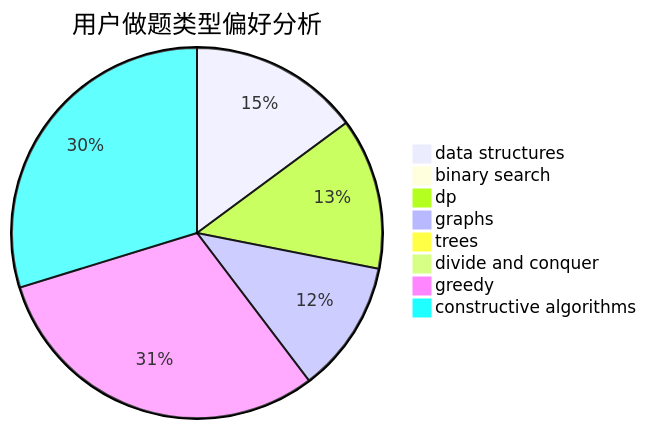
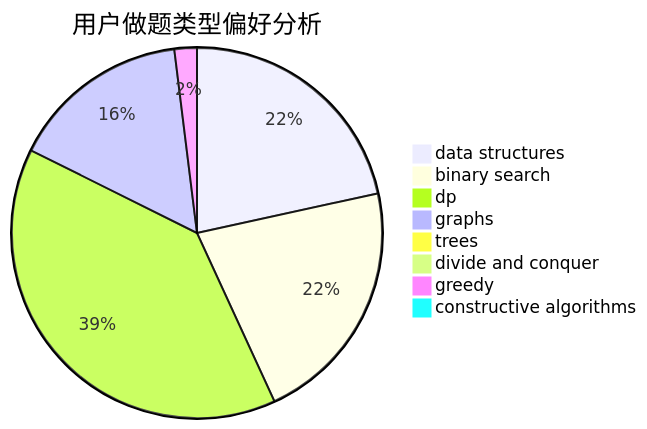
One commit to sherpahu/cfrs.github.io changed the second of 3 diagrams in docs/user/u673.md. Above: the diagram before and after it, drawn with Mermaid. The commit also changed other lines of this file and 2770 other files, not shown here.

````diff
--- a/docs/user/u673.md
+++ b/docs/user/u673.md
@@ -23,11 +23,11 @@
 ```mermaid
 pie title 用户做题类型偏好分析
-    "data structures" :  18
-    "binary search" :  0
-    "dp" :  16
-    "graphs" :  14
+    "data structures" :  33
+    "binary search" :  33
+    "dp" :  60
+    "graphs" :  24
     "trees" :  0
     "divide and conquer" :  0
-    "greedy" :  37
-    "constructive algorithms" :  36
+    "greedy" :  3
+    "constructive algorithms" :  0
 ```
````
